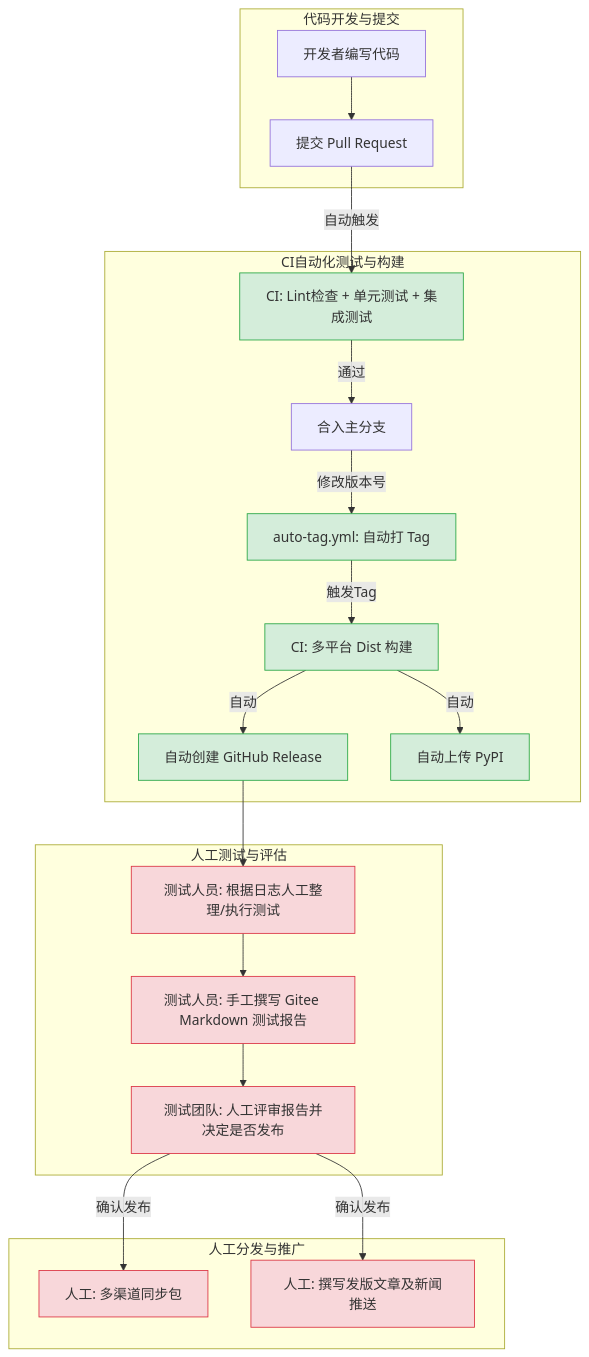
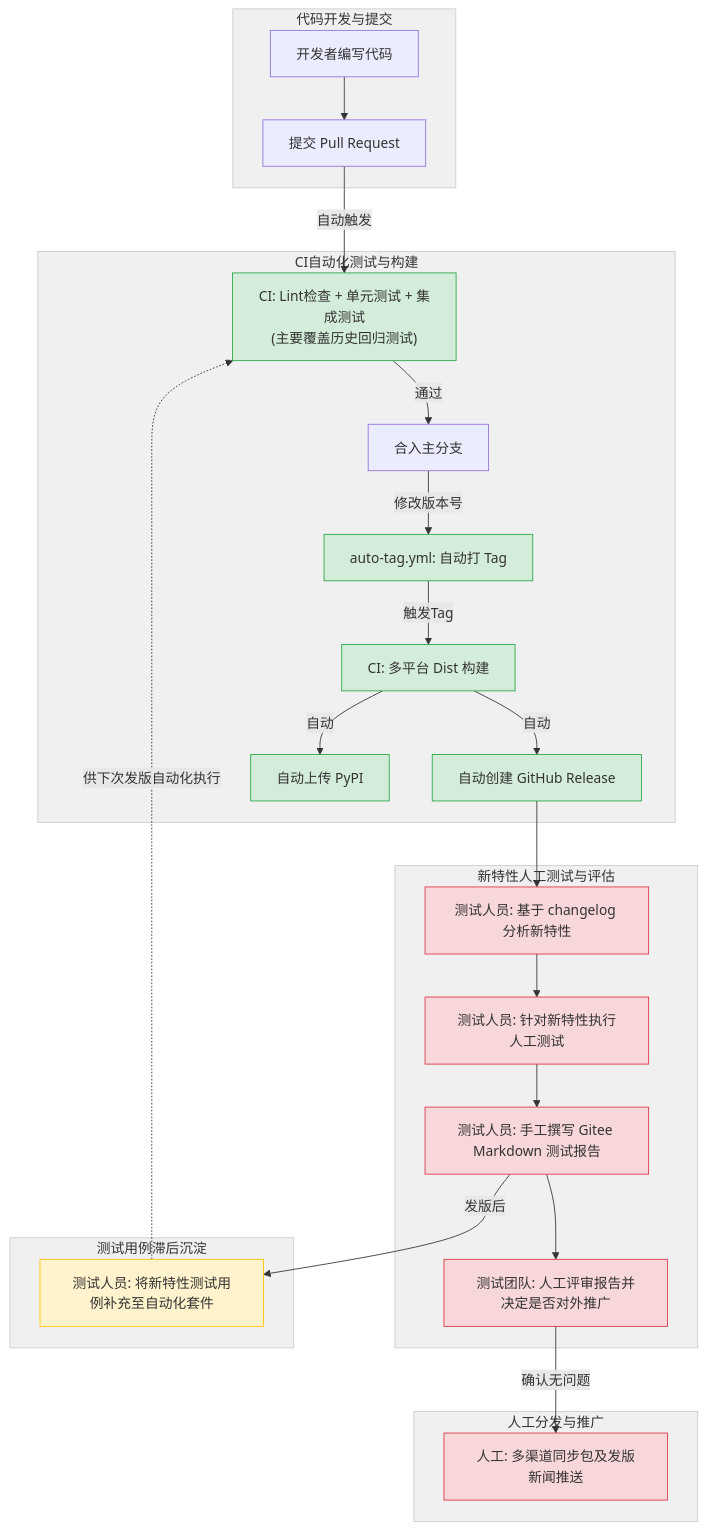
The first of 2 diagrams in ai/e2e-pipeline-ideation.md (xijing21/ruyisdk-work), drawn with Mermaid before and after one commit. The commit also changed other lines of this file, not shown here.

````diff
--- a/ai/e2e-pipeline-ideation.md
+++ b/ai/e2e-pipeline-ideation.md
@@ -5,27 +7,40 @@
 ```mermaid
+%%{init: {'themeVariables': {'clusterBkg': '#f0f0f0', 'clusterBorder': '#cccccc'}}}%%
 flowchart TD
     subgraph 代码开发与提交
     Dev[开发者编写代码] --> PR[提交 Pull Request]
     end
+
     subgraph CI自动化测试与构建
-    PR -->|自动触发| CI_Lint[CI: Lint检查 + 单元测试 + 集成测试]
+    PR -->|自动触发| CI_Lint["CI: Lint检查 + 单元测试 + 集成测试<br/>(主要覆盖历史回归测试)"]
     CI_Lint -->|通过| Merge[合入主分支]
     Merge -->|修改版本号| AutoTag[auto-tag.yml: 自动打 Tag]
     AutoTag -->|触发Tag| ReleaseBuild[CI: 多平台 Dist 构建]
     ReleaseBuild -->|自动| Release[自动创建 GitHub Release]
     ReleaseBuild -->|自动| PyPI[自动上传 PyPI]
     end
-    subgraph 人工测试与评估
-    Release --> ManualTest[测试人员: 根据日志人工整理/执行测试]
+
+    subgraph 新特性人工测试与评估
+    Release --> ManualChk[测试人员: 基于 changelog 分析新特性]
+    ManualChk --> ManualTest[测试人员: 针对新特性执行人工测试]
     ManualTest --> ManualReport[测试人员: 手工撰写 Gitee Markdown 测试报告]
-    ManualReport --> ManualReview[测试团队: 人工评审报告并决定是否发布]
+    ManualReport --> ManualReview[测试团队: 人工评审报告并决定是否对外推广]
     end
+
     subgraph 人工分发与推广
-    ManualReview -->|确认发布| ManualDist[人工: 多渠道同步包]
-    ManualReview -->|确认发布| ManualNotify[人工: 撰写发版文章及新闻推送]
+    ManualReview -->|确认无问题| ManualDist[人工: 多渠道同步包及发版新闻推送]
     end
+
+    subgraph 测试用例滞后沉淀
+    ManualReport -->|发版后| AutoAdd[测试人员: 将新特性测试用例补充至自动化套件]
+    AutoAdd -.->|供下次发版自动化执行| CI_Lint
+    end
+
     classDef auto fill:#d4edda,stroke:#28a745;
     classDef manual fill:#f8d7da,stroke:#dc3545;
+    classDef lag fill:#fff3cd,stroke:#ffc107;
     class CI_Lint,AutoTag,ReleaseBuild,Release,PyPI auto;
-    class ManualTest,ManualReport,ManualReview,ManualDist,ManualNotify manual;
+    class ManualChk,ManualTest,ManualReport,ManualReview,ManualDist manual;
+    class AutoAdd lag;
+
 ```
````
